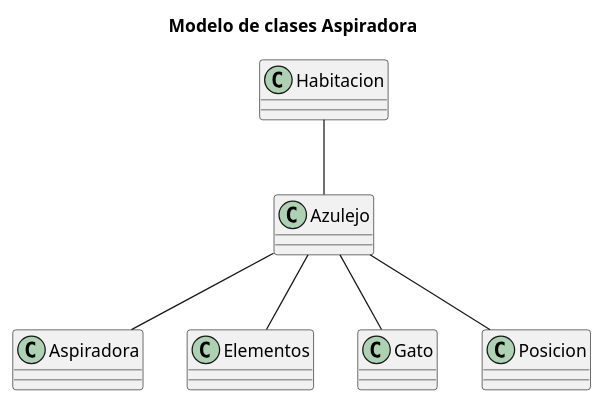
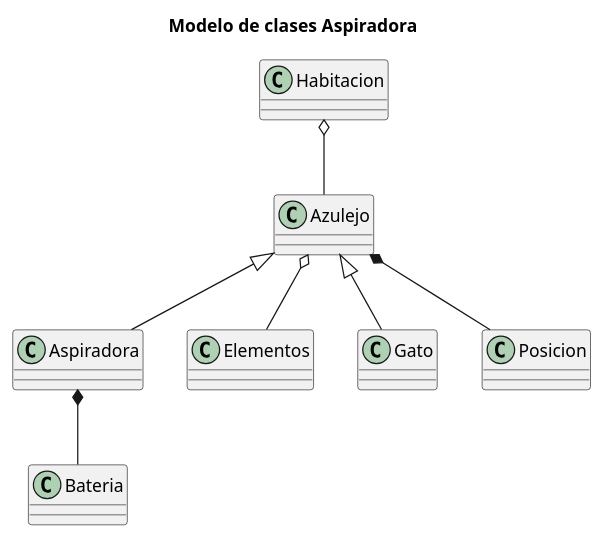
Before and after one commit to mmasias/23-24-IdSw2-SDD: the diagram in modelosUML/DiagramaDeClases.puml, drawn with PlantUML. The commit also changed other lines of this file and 3 other files, not shown here.

```diff
--- a/modelosUML/DiagramaDeClases.puml
+++ b/modelosUML/DiagramaDeClases.puml
@@ -1,34 +1,38 @@
 @startuml
 
 title Modelo de clases Aspiradora
 
 class Habitacion { 
 
 }
 
 Class Azulejo {  
 
 }
 
 class Aspiradora { 
 
 }
 
 class Elementos  { 
 
 }
 
 class Gato { 
 
 }
 
 class Posicion { 
 }
+class Bateria { 
+}	
 
-Habitacion -- Azulejo
-Azulejo -- Aspiradora
-Azulejo--Elementos 
-Azulejo -- Gato
-Azulejo -- Posicion
+Habitacion o-- Azulejo
+Azulejo <|-- Aspiradora
+Azulejo o--Elementos 
+Azulejo <|-- Gato
+Azulejo *-- Posicion
+Aspiradora *-- Bateria
+
 
 @enduml
```
